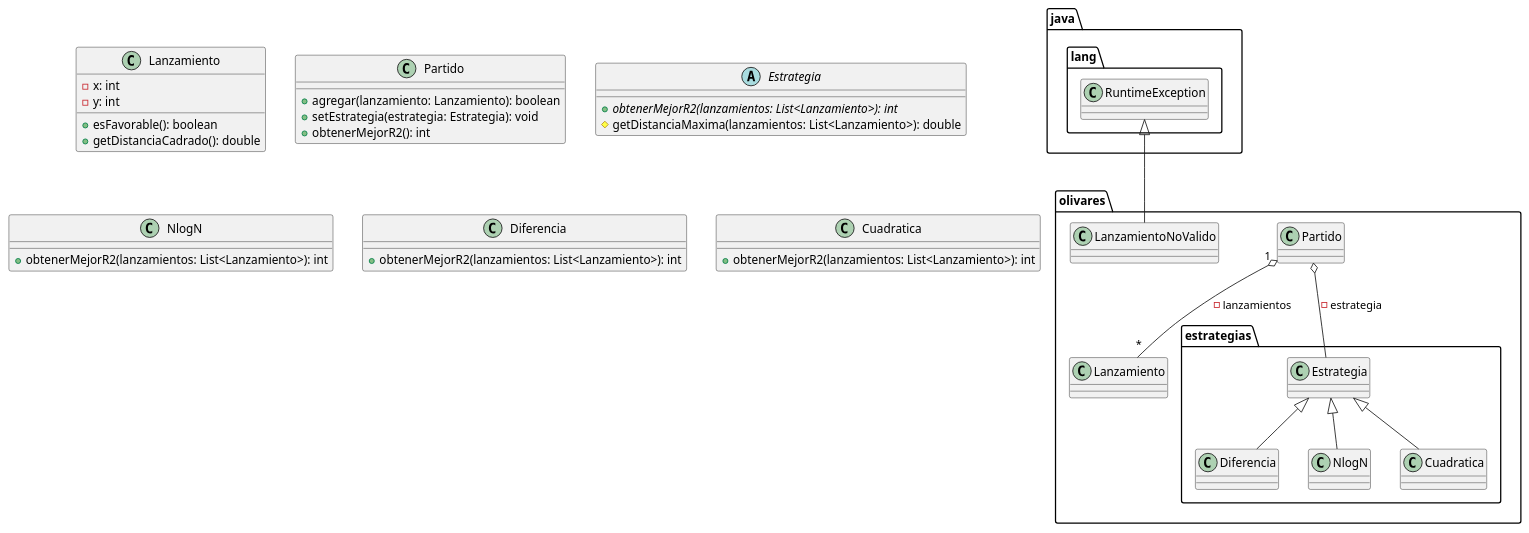
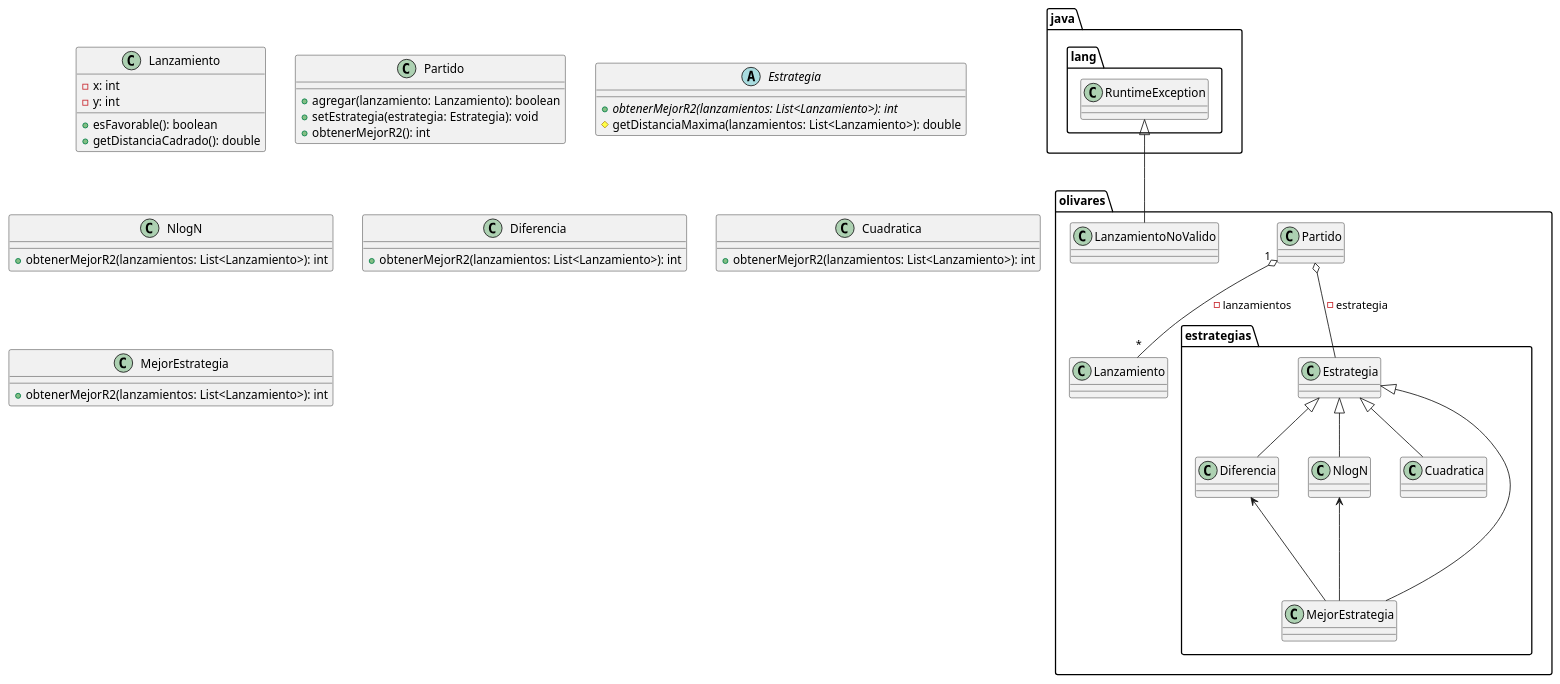
One commit to programacion-avanzada/workspace changed the diagram in oia/lanzamiento-de-aceitunas/diagrama.plantuml. Above: the diagram before and after it, drawn with PlantUML. The commit also changed 2 other files, not shown here.

```diff
--- a/oia/lanzamiento-de-aceitunas/diagrama.plantuml
+++ b/oia/lanzamiento-de-aceitunas/diagrama.plantuml
@@ -1,42 +1,48 @@
 @startuml
 
 package "java.lang" {
 	class RuntimeException
 }
 
 package "olivares" {
 	Partido "1" o-- "*" Lanzamiento: -lanzamientos
 	package "estrategias" {
 		Estrategia <|-- Diferencia
 		Estrategia <|-- NlogN
 		Estrategia <|-- Cuadratica
+		Estrategia <|-- MejorEstrategia
+		Diferencia <--- MejorEstrategia
+		NlogN      <--- MejorEstrategia
 	}
 	Partido o-- Estrategia: -estrategia
 	RuntimeException <|-- LanzamientoNoValido
 }
 
 class Lanzamiento {
 	-x: int
 	-y: int
 	+esFavorable(): boolean
 	+getDistanciaCadrado(): double
 }
 class Partido {
 	+agregar(lanzamiento: Lanzamiento): boolean
 	+setEstrategia(estrategia: Estrategia): void
 	+obtenerMejorR2(): int
 }
 abstract class Estrategia {
 	{abstract} +obtenerMejorR2(lanzamientos: List<Lanzamiento>): int
 	#getDistanciaMaxima(lanzamientos: List<Lanzamiento>): double
 }
 class NlogN {
 	+obtenerMejorR2(lanzamientos: List<Lanzamiento>): int
 }
 class Diferencia {
 	+obtenerMejorR2(lanzamientos: List<Lanzamiento>): int
 }
 class Cuadratica {
 	+obtenerMejorR2(lanzamientos: List<Lanzamiento>): int
 }
+class MejorEstrategia {
+	+obtenerMejorR2(lanzamientos: List<Lanzamiento>): int
+}
 @enduml
```
